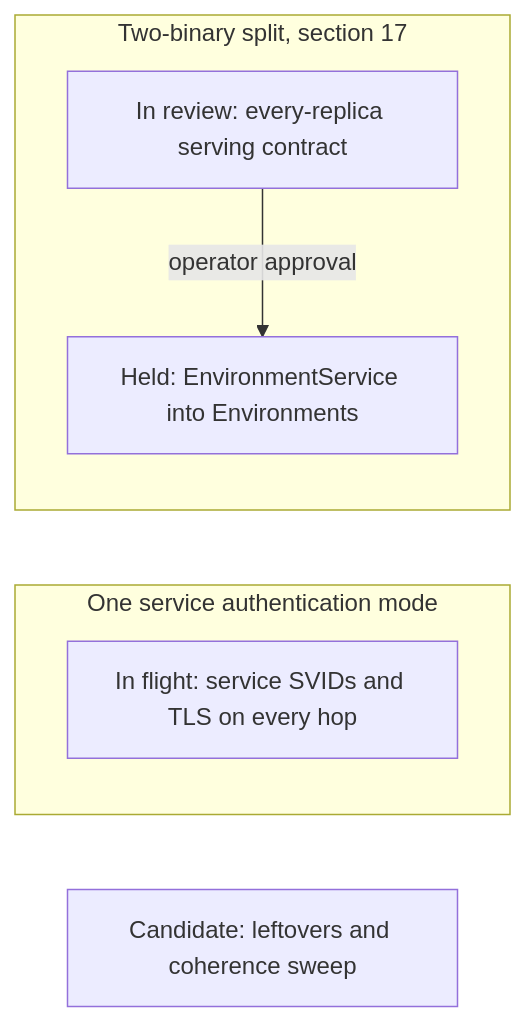
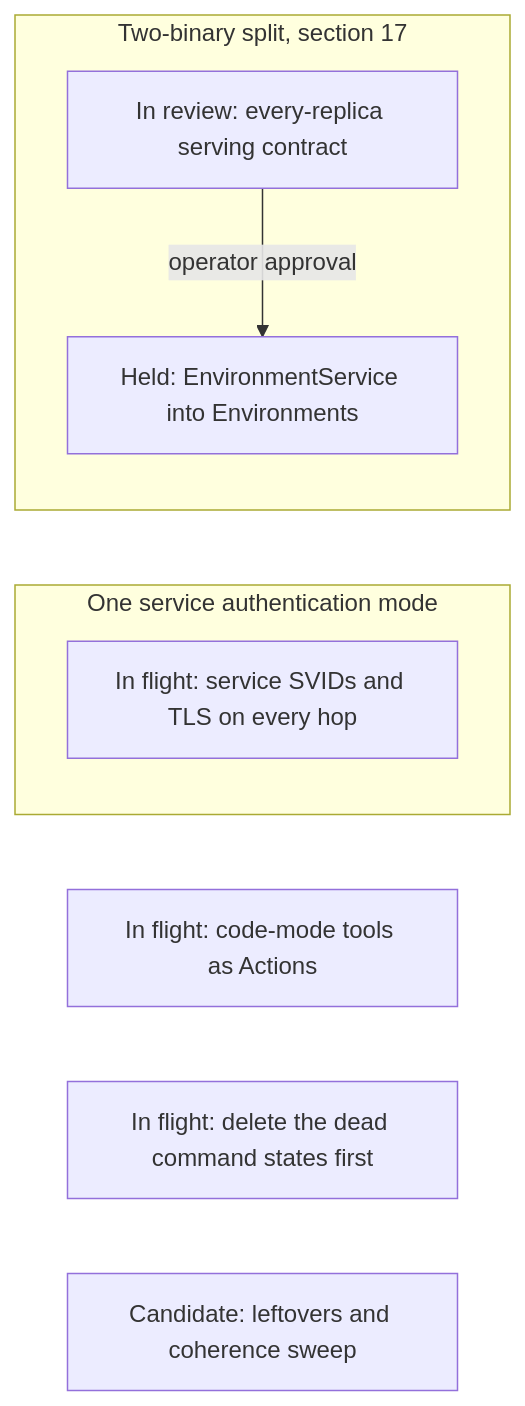
The first of 21 diagrams in agentplane/plans/task_dag.md (agentydragon/ducktape), drawn with Mermaid before and after one commit. The commit also changed other lines of this file, not shown here.

````diff
--- a/agentplane/plans/task_dag.md
+++ b/agentplane/plans/task_dag.md
@@ -199,12 +206,14 @@
 ```mermaid
 flowchart LR
     subgraph AUTH_TRACK[One service authentication mode]
         PRIVILEGED_BACKEND_AUTH_DESIGN[In flight: service SVIDs and TLS on every hop]
     end
     subgraph SPLIT_TRACK[Two-binary split, section 17]
         ENVIRONMENT_SERVICE_SERVING_DESIGN[In review: every-replica serving contract]
         ENVIRONMENT_SERVICE_TO_ENVIRONMENTS[Held: EnvironmentService into Environments]
         ENVIRONMENT_SERVICE_SERVING_DESIGN -->|operator approval| ENVIRONMENT_SERVICE_TO_ENVIRONMENTS
     end
+    CENTRAL_SESSION_DELEGATED_ACTING[In flight: code-mode tools as Actions]
+    DISPATCHER_HARNESS_CONFIRMATION[In flight: delete the dead command states first]
     REFACTOR_COHERENCE_AUDIT[Candidate: leftovers and coherence sweep]
 ```
````
